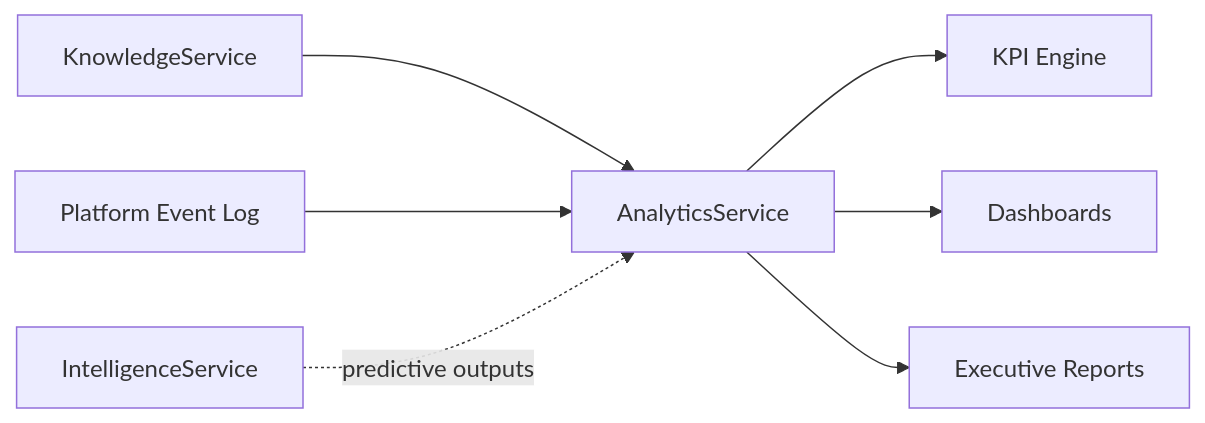
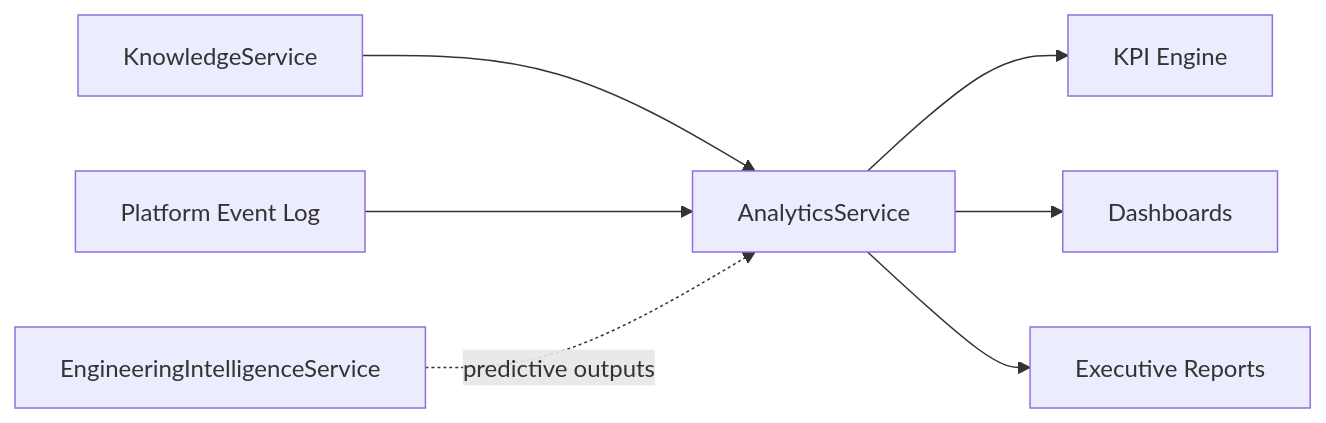
Before and after one commit to patamin-lab/mqr-mahindra: the diagram in docs/architecture/blueprint/09-ANALYTICS-ARCHITECTURE.md, drawn with Mermaid. The commit also changed other lines of this file and 15 other files, not shown here.

First line of the commit message:
docs(blueprint): v1.1 architecture refinement pass

````diff
--- a/docs/architecture/blueprint/09-ANALYTICS-ARCHITECTURE.md
+++ b/docs/architecture/blueprint/09-ANALYTICS-ARCHITECTURE.md
@@ -50,9 +50,9 @@
 ```mermaid
 flowchart LR
     KnowSvc[KnowledgeService] --> AnalyticsSvc[AnalyticsService]
     Events[Platform Event Log] --> AnalyticsSvc
-    IntelSvc[IntelligenceService] -.predictive outputs.-> AnalyticsSvc
+    IntelSvc[EngineeringIntelligenceService] -.predictive outputs.-> AnalyticsSvc
     AnalyticsSvc --> KPI[KPI Engine]
     AnalyticsSvc --> Dashboards
     AnalyticsSvc --> Reports[Executive Reports]
 ```
````
